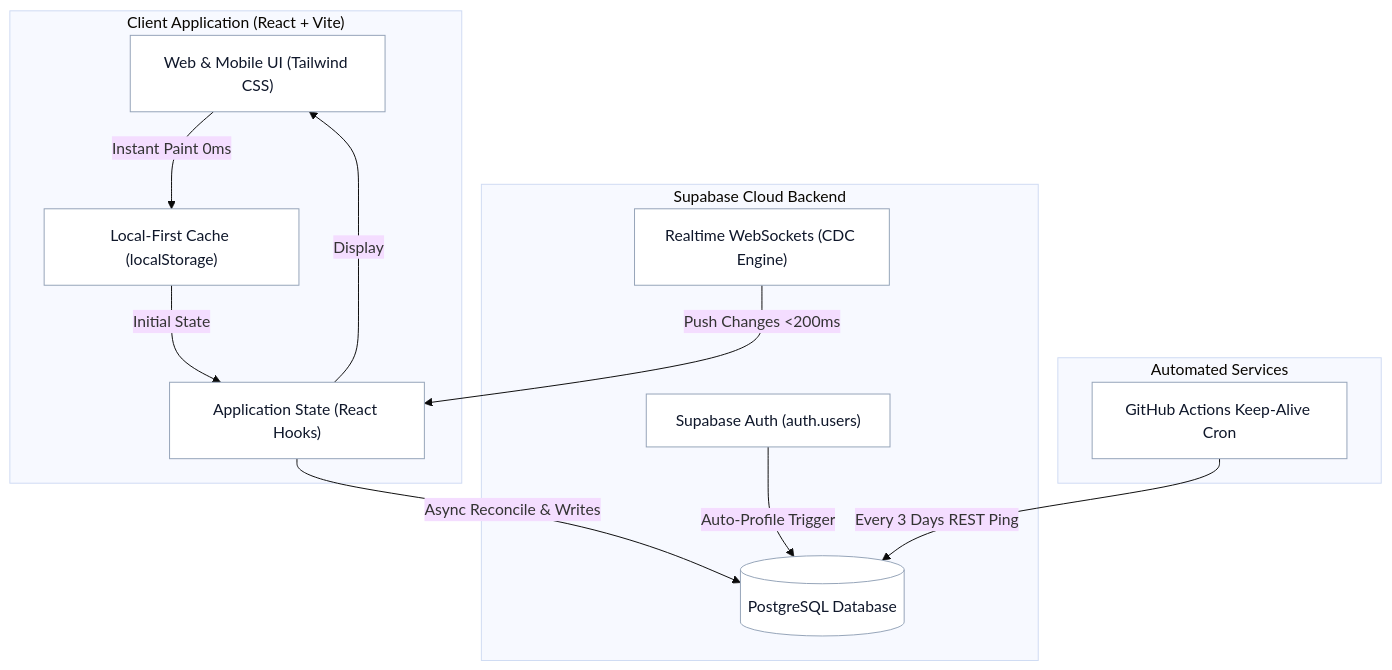
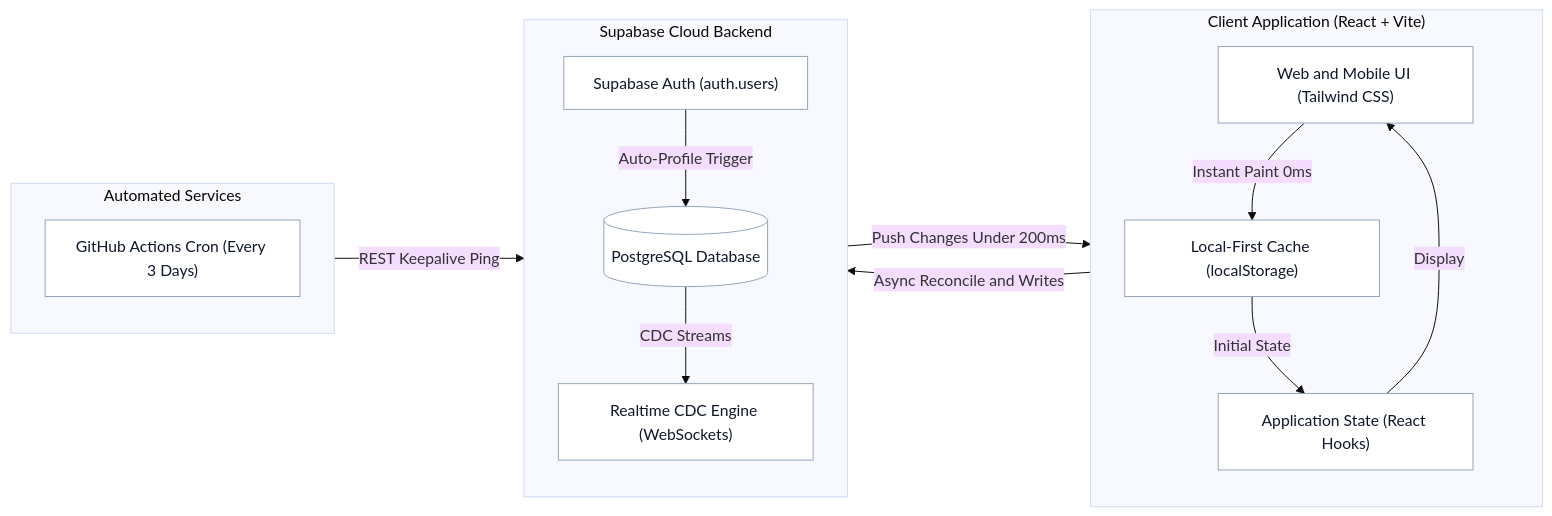
The second of 5 diagrams in docs/APP_FLOWCHART.md (kai-zze/KM100-Stock), drawn with Mermaid (base theme) before and after one commit. The commit also changed other lines of this file and 7 other files, not shown here.

Commit message:
docs: rearrange all flowcharts for landscape bond paper (11x8.5)

````diff
--- a/docs/APP_FLOWCHART.md
+++ b/docs/APP_FLOWCHART.md
@@ -102,35 +105,36 @@
 ```mermaid
-flowchart TD
+flowchart LR
     subgraph Client["Client Application (React + Vite)"]
-        UI["Web & Mobile UI (Tailwind CSS)"]
+        direction TB
+        UI["Web and Mobile UI (Tailwind CSS)"]
         LocalCache["Local-First Cache (localStorage)"]
         State["Application State (React Hooks)"]
+
+        UI -->|Instant Paint 0ms| LocalCache
+        LocalCache -->|Initial State| State
+        State -->|Display| UI
     end
 
     subgraph Supabase["Supabase Cloud Backend"]
+        direction TB
         AuthService["Supabase Auth (auth.users)"]
         PostgresDB[("PostgreSQL Database")]
-        RealtimeEngine["Realtime WebSockets (CDC Engine)"]
+        RealtimeEngine["Realtime CDC Engine (WebSockets)"]
+
+        AuthService -->|Auto-Profile Trigger| PostgresDB
+        PostgresDB -->|CDC Streams| RealtimeEngine
     end
 
     subgraph Automation["Automated Services"]
-        GHA["GitHub Actions Keep-Alive Cron"]
+        direction TB
+        GHA["GitHub Actions Cron (Every 3 Days)"]
+        GHA -->|REST Keepalive Ping| PostgresDB
     end
 
-    %% Client Interactions
-    UI -->|Instant Paint 0ms| LocalCache
-    LocalCache -->|Initial State| State
-    State -->|Display| UI
-
-    %% Cloud Sync
-    State -->|Async Reconcile & Writes| PostgresDB
-    AuthService -->|Auto-Profile Trigger| PostgresDB
-    RealtimeEngine -->|Push Changes <200ms| State
-
-    %% Cron
-    GHA -->|Every 3 Days REST Ping| PostgresDB
+    State -->|Async Reconcile and Writes| PostgresDB
+    RealtimeEngine -->|Push Changes Under 200ms| State
 
     classDef default fill:#ffffff,stroke:#94a3b8,stroke-width:1px,color:#0f172a;
     classDef highlight fill:#fffbeb,stroke:#b45309,stroke-width:2px,color:#78350f;
     class UI,LocalCache,State,AuthService,PostgresDB,RealtimeEngine,GHA default;
 ```
````
